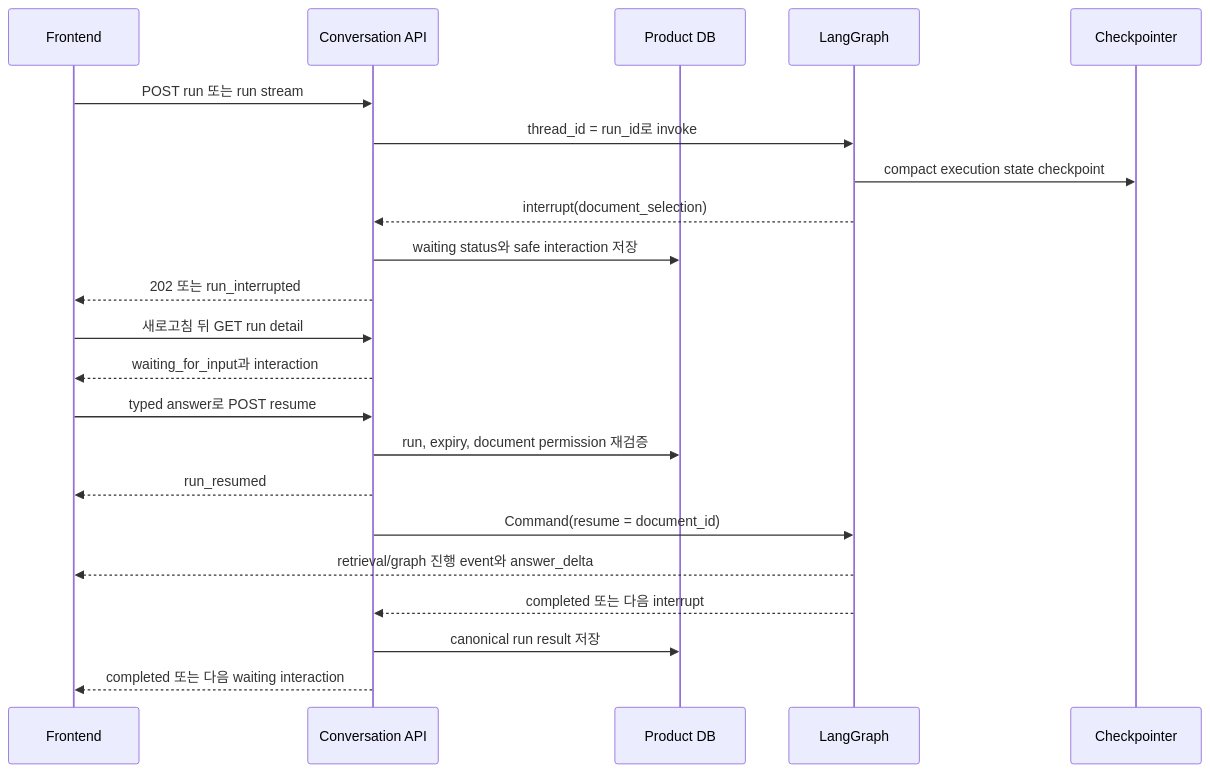
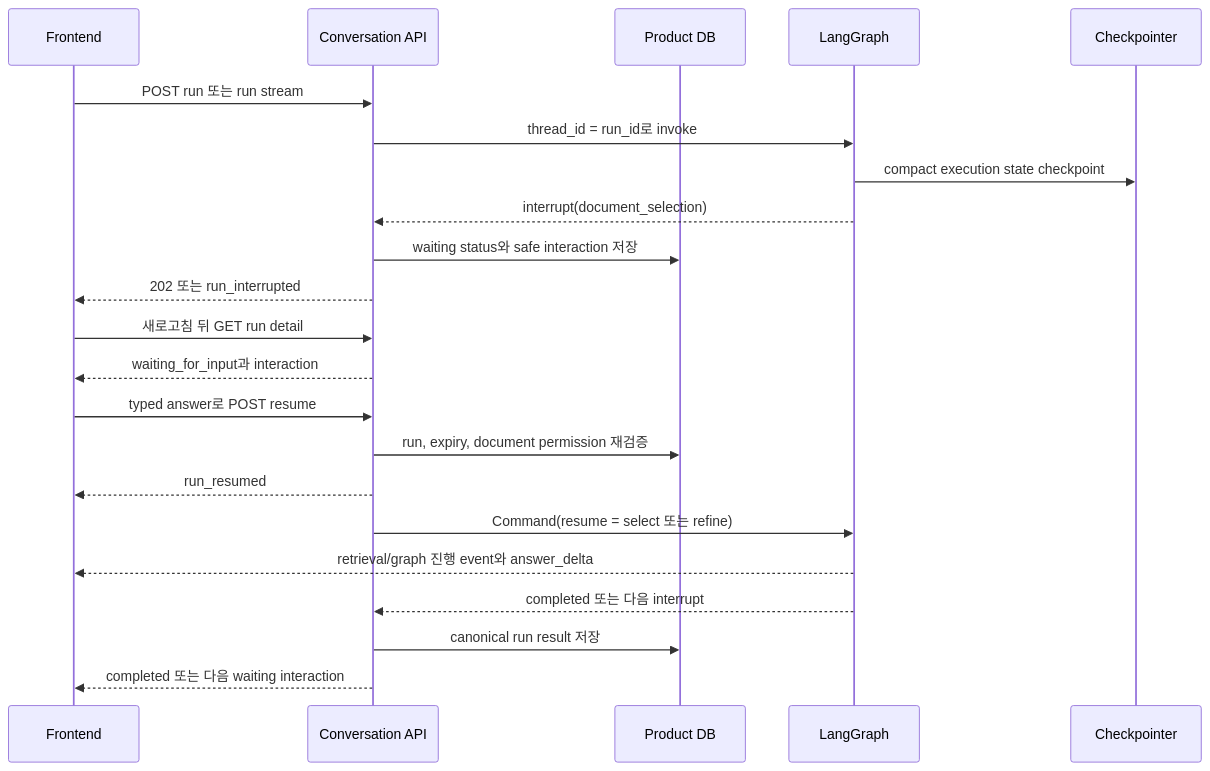
One commit to heecheon92/my-agents changed the first of 2 diagrams in docs/product-chat-service/ko/27-agent-frontend-interaction-contract.md. Above: the diagram before and after it, drawn with Mermaid. The commit also changed other lines of this file and 25 other files, not shown here.

````diff
--- a/docs/product-chat-service/ko/27-agent-frontend-interaction-contract.md
+++ b/docs/product-chat-service/ko/27-agent-frontend-interaction-contract.md
@@ -91,25 +115,25 @@
 ```mermaid
 sequenceDiagram
     participant UI as Frontend
     participant API as Conversation API
     participant DB as Product DB
     participant Graph as LangGraph
     participant CP as Checkpointer
 
     UI->>API: POST run 또는 run stream
     API->>Graph: thread_id = run_id로 invoke
     Graph->>CP: compact execution state checkpoint
     Graph-->>API: interrupt(document_selection)
     API->>DB: waiting status와 safe interaction 저장
     API-->>UI: 202 또는 run_interrupted
     UI->>API: 새로고침 뒤 GET run detail
     API-->>UI: waiting_for_input과 interaction
     UI->>API: typed answer로 POST resume
     API->>DB: run, expiry, document permission 재검증
     API-->>UI: run_resumed
-    API->>Graph: Command(resume = document_id)
+    API->>Graph: Command(resume = select 또는 refine)
     Graph-->>UI: retrieval/graph 진행 event와 answer_delta
     Graph-->>API: completed 또는 다음 interrupt
     API->>DB: canonical run result 저장
     API-->>UI: completed 또는 다음 waiting interaction
 ```
````
